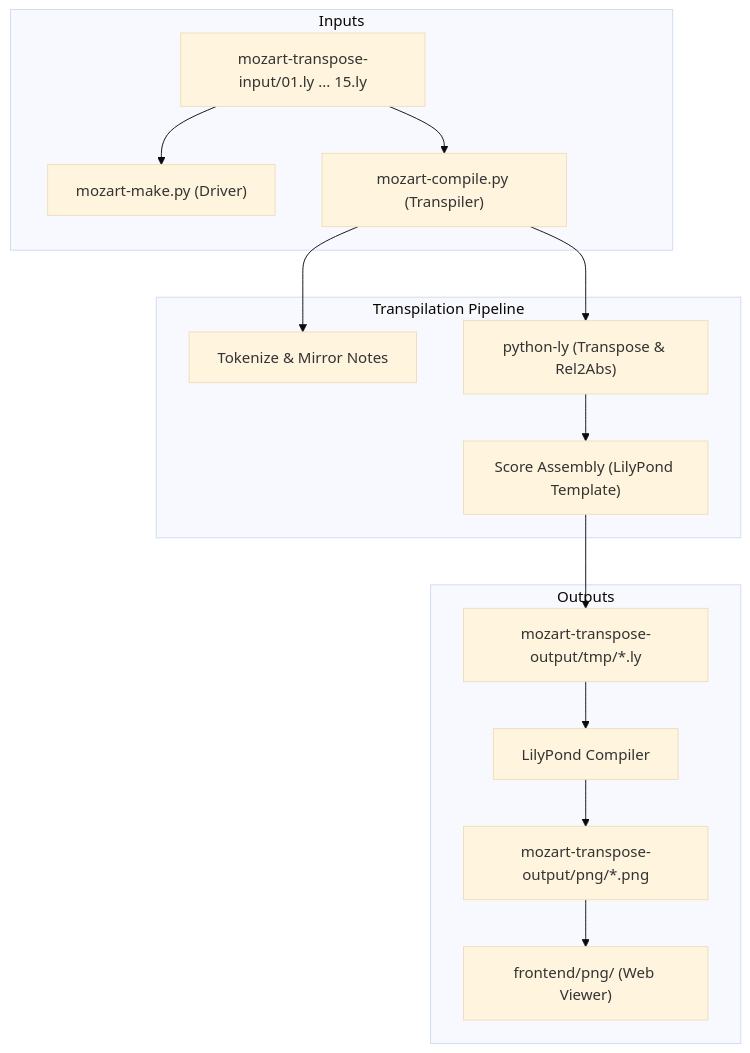
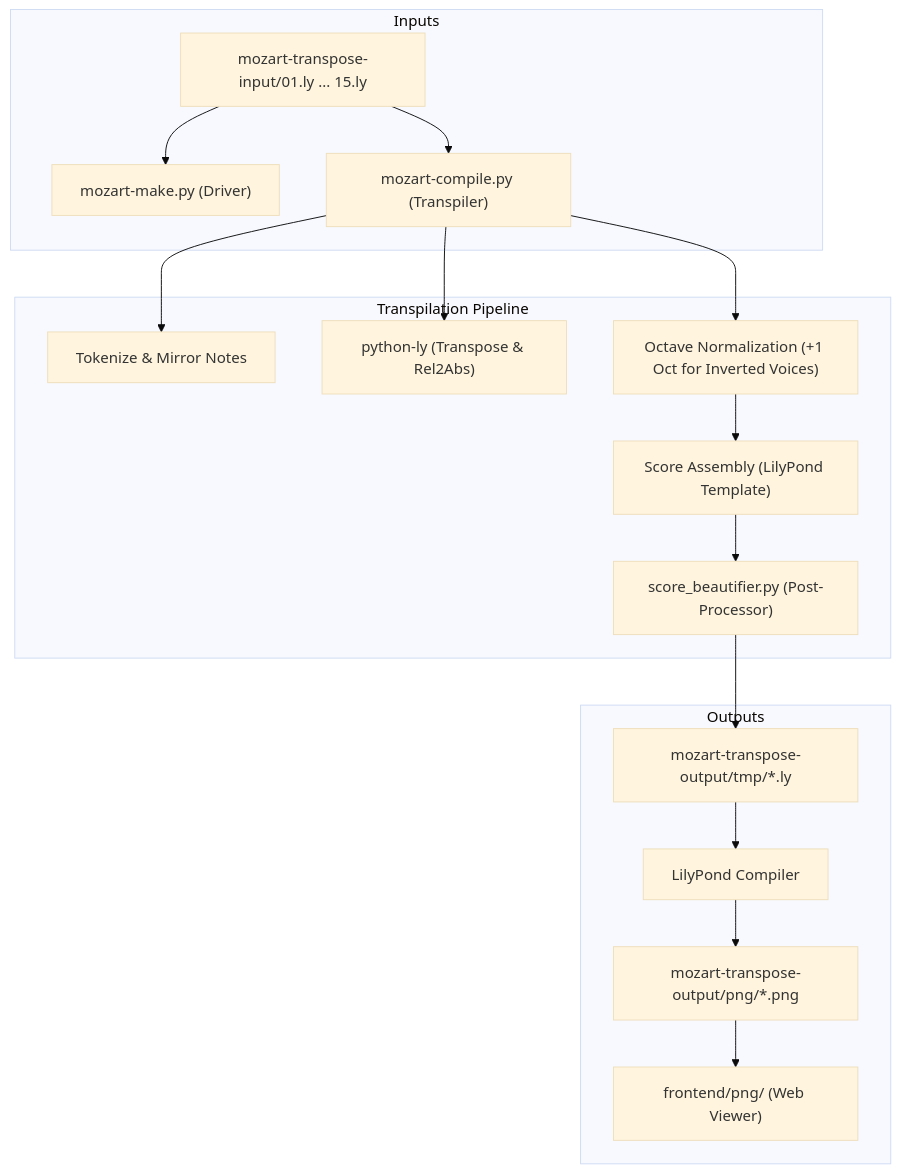
One commit to BenjaminPritchard/bach-in-the-mirror changed the diagram in agents.md. Above: the diagram before and after it, drawn with Mermaid (base theme). The commit also changed other lines of this file and 5 other files, not shown here.

````diff
--- a/agents.md
+++ b/agents.md
@@ -59,20 +59,22 @@
 ```mermaid
 flowchart TD
     subgraph Inputs
         I1["mozart-transpose-input/01.ly ... 15.ly"] --> Driver["mozart-make.py (Driver)"]
         I1 --> Single["mozart-compile.py (Transpiler)"]
     end
 
     subgraph Transpilation Pipeline
         Single --> Tokenizer["Tokenize & Mirror Notes"]
         Single --> LY["python-ly (Transpose & Rel2Abs)"]
-        LY --> Assembly["Score Assembly (LilyPond Template)"]
+        Single --> OctaveNorm["Octave Normalization (+1 Oct for Inverted Voices)"]
+        OctaveNorm --> Assembly["Score Assembly (LilyPond Template)"]
+        Assembly --> Beautifier["score_beautifier.py (Post-Processor)"]
     end
 
     subgraph Outputs
-        Assembly --> OutLy["mozart-transpose-output/tmp/*.ly"]
+        Beautifier --> OutLy["mozart-transpose-output/tmp/*.ly"]
         OutLy --> LP["LilyPond Compiler"]
         LP --> OutPNG["mozart-transpose-output/png/*.png"]
         OutPNG --> Web["frontend/png/ (Web Viewer)"]
     end
 ```
````
